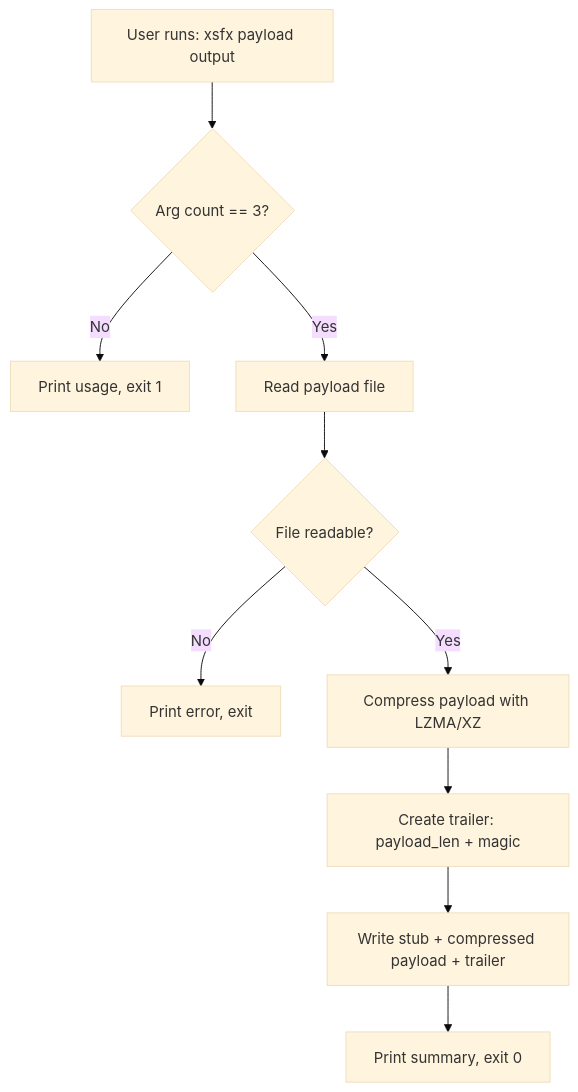
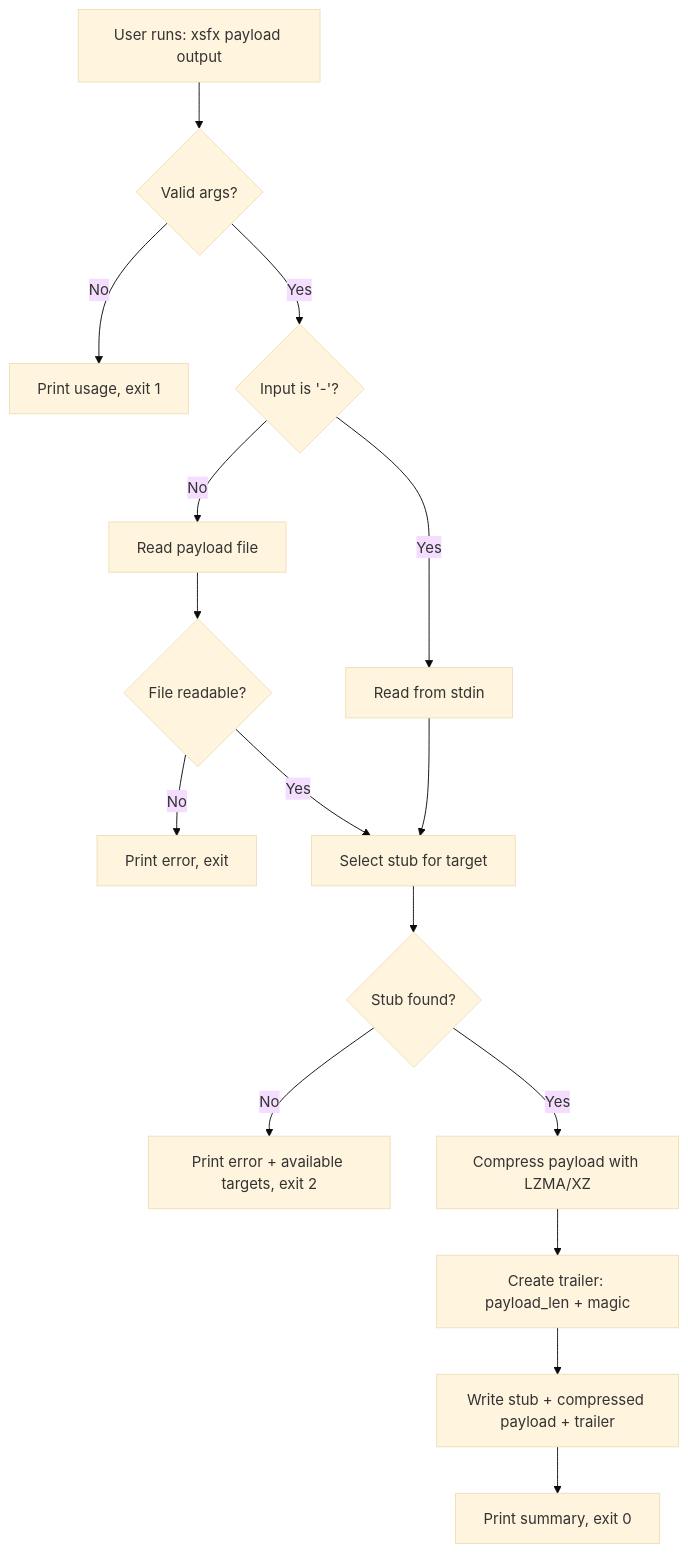
The first of 3 diagrams in docs/spec.md (neemle/xsfx), drawn with Mermaid (base theme) before and after one commit. The commit also changed other lines of this file and 28 other files, not shown here.

````diff
--- a/docs/spec.md
+++ b/docs/spec.md
@@ -65,12 +87,18 @@
 ```mermaid
 flowchart TD
-  A[User runs: xsfx payload output] --> B{Arg count == 3?}
+  A[User runs: xsfx payload output] --> B{Valid args?}
   B -- No --> C[Print usage, exit 1]
-  B -- Yes --> D[Read payload file]
-  D --> E{File readable?}
+  B -- Yes --> D{Input is '-'?}
+  D -- Yes --> D2[Read from stdin]
+  D -- No --> D3[Read payload file]
+  D3 --> E{File readable?}
   E -- No --> F[Print error, exit]
-  E -- Yes --> G[Compress payload with LZMA/XZ]
-  G --> H[Create trailer: payload_len + magic]
-  H --> I[Write stub + compressed payload + trailer]
-  I --> J[Print summary, exit 0]
+  D2 --> G[Select stub for target]
+  E -- Yes --> G[Select stub for target]
+  G --> H{Stub found?}
+  H -- No --> I[Print error + available targets, exit 2]
+  H -- Yes --> J[Compress payload with LZMA/XZ]
+  J --> K[Create trailer: payload_len + magic]
+  K --> L[Write stub + compressed payload + trailer]
+  L --> M[Print summary, exit 0]
 ```
````
